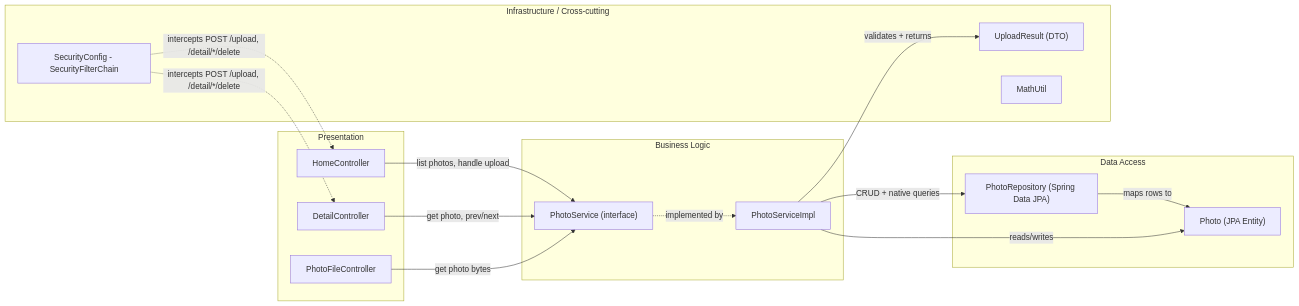
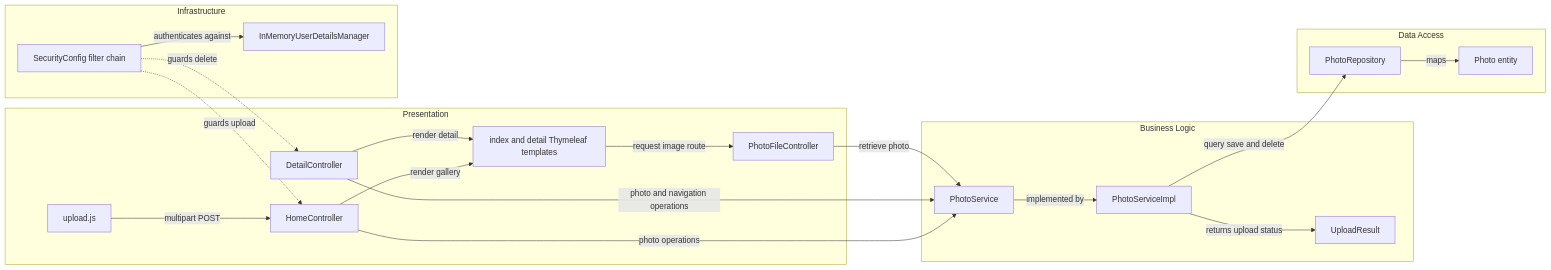
Before and after one commit to sofiedelaet001/PhotoAlbum-Java: the second of 2 diagrams in .github/modernize/assessment/engines/facts/architecture-diagram.md, drawn with Mermaid. The commit also changed other lines of this file and 23 other files, not shown here.

````diff
--- a/.github/modernize/assessment/engines/facts/architecture-diagram.md
+++ b/.github/modernize/assessment/engines/facts/architecture-diagram.md
@@ -66,32 +69,38 @@
 ```mermaid
 flowchart LR
-    subgraph Presentation
-        HomeCtrl["HomeController"]
-        DetailCtrl["DetailController"]
-        FileCtrl["PhotoFileController"]
+    subgraph CPresentation["Presentation"]
+        CUploadJs["upload.js"]
+        CTemplates["index and detail Thymeleaf templates"]
+        CHome["HomeController"]
+        CDetail["DetailController"]
+        CFile["PhotoFileController"]
     end
-    subgraph Business["Business Logic"]
-        PhotoSvcIface["PhotoService (interface)"]
-        PhotoSvcImpl["PhotoServiceImpl"]
+    subgraph CBusiness["Business Logic"]
+        CService["PhotoService"]
+        CImpl["PhotoServiceImpl"]
+        CResult["UploadResult"]
     end
-    subgraph DataAccess["Data Access"]
-        PhotoRepo["PhotoRepository (Spring Data JPA)"]
-        PhotoEntity["Photo (JPA Entity)"]
+    subgraph CData["Data Access"]
+        CRepo["PhotoRepository"]
+        CPhoto["Photo entity"]
     end
-    subgraph Infra["Infrastructure / Cross-cutting"]
-        SecurityCfg["SecurityConfig - SecurityFilterChain"]
-        UploadResult["UploadResult (DTO)"]
-        MathUtil["MathUtil"]
+    subgraph CInfra["Infrastructure"]
+        CSecurity["SecurityConfig filter chain"]
+        CUsers["InMemoryUserDetailsManager"]
     end
 
-    HomeCtrl -->|"list photos, handle upload"| PhotoSvcIface
-    DetailCtrl -->|"get photo, prev/next"| PhotoSvcIface
-    FileCtrl -->|"get photo bytes"| PhotoSvcIface
-    PhotoSvcIface -.->|"implemented by"| PhotoSvcImpl
-    PhotoSvcImpl -->|"validates + returns"| UploadResult
-    PhotoSvcImpl -->|"CRUD + native queries"| PhotoRepo
-    PhotoRepo -->|"maps rows to"| PhotoEntity
-    PhotoSvcImpl -->|"reads/writes"| PhotoEntity
-    SecurityCfg -.->|"intercepts POST /upload, /detail/*/delete"| HomeCtrl
-    SecurityCfg -.->|"intercepts POST /upload, /detail/*/delete"| DetailCtrl
+    CUploadJs -->|"multipart POST"| CHome
+    CHome -->|"render gallery"| CTemplates
+    CDetail -->|"render detail"| CTemplates
+    CTemplates -->|"request image route"| CFile
+    CHome -->|"photo operations"| CService
+    CDetail -->|"photo and navigation operations"| CService
+    CFile -->|"retrieve photo"| CService
+    CService -->|"implemented by"| CImpl
+    CImpl -->|"query save and delete"| CRepo
+    CRepo -->|"maps"| CPhoto
+    CImpl -->|"returns upload status"| CResult
+    CSecurity -->|"authenticates against"| CUsers
+    CSecurity -.->|"guards upload"| CHome
+    CSecurity -.->|"guards delete"| CDetail
 ```
````
